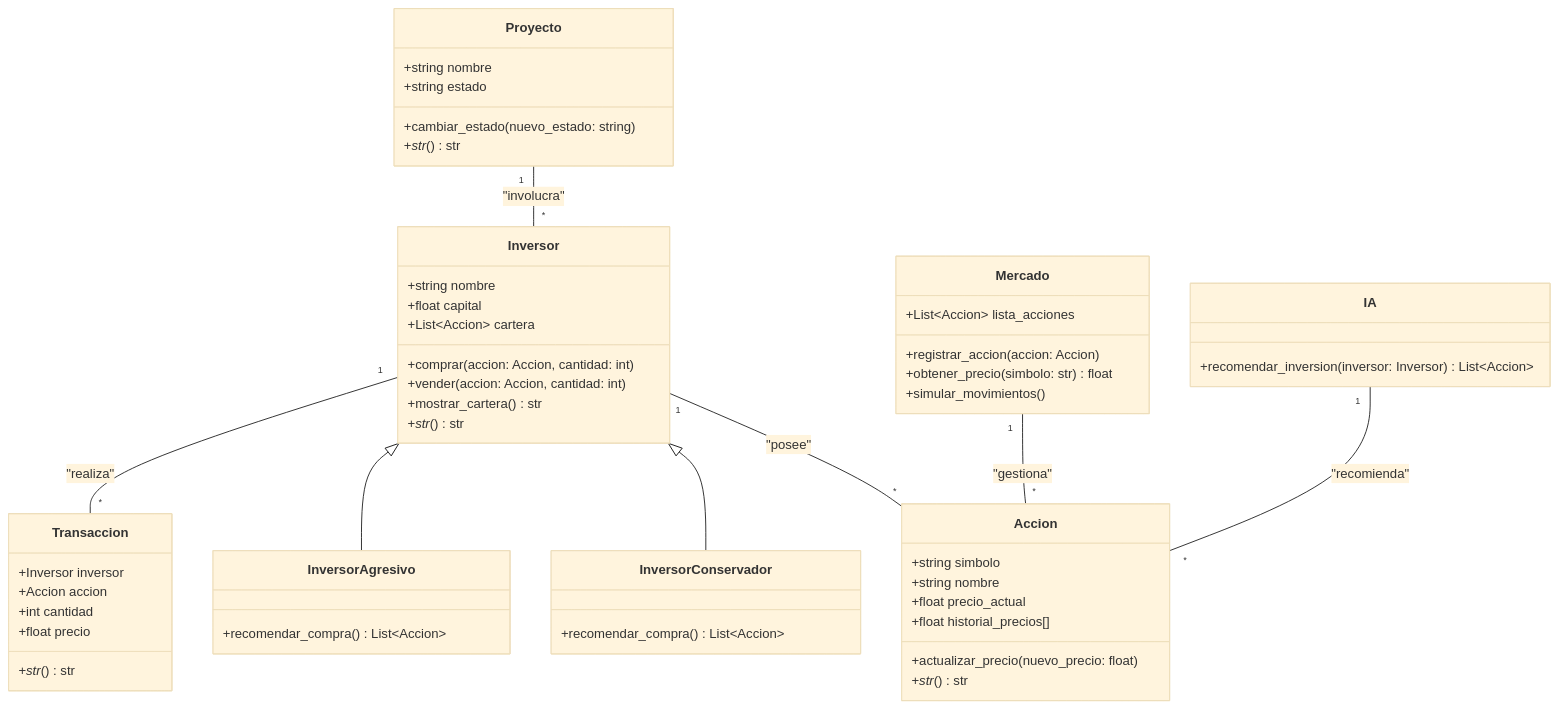
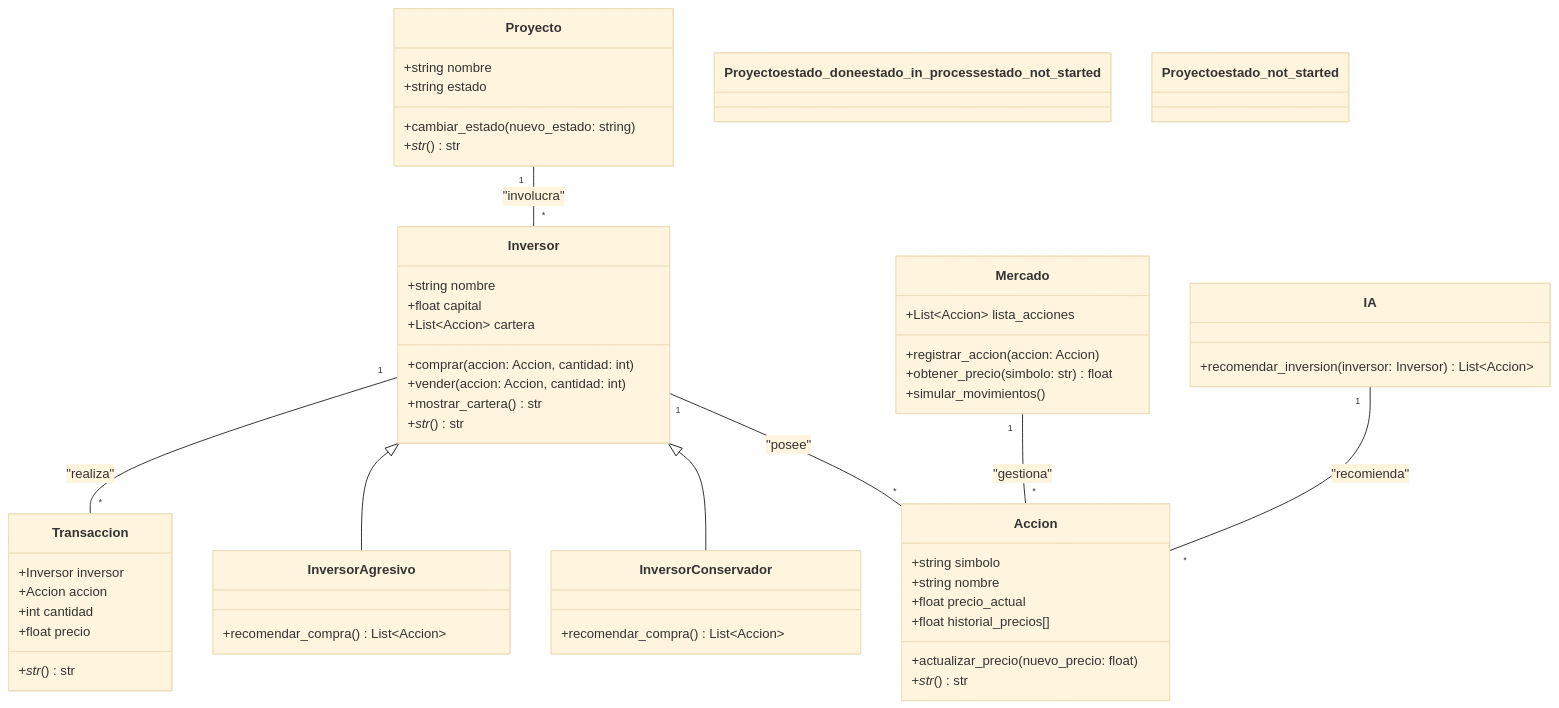
Before and after one commit to NikolasKaplan1/prog2-25-C2: the second of 2 diagrams in README.md, drawn with Mermaid (base theme).

````diff
--- a/README.md
+++ b/README.md
@@ -90,64 +90,74 @@
 ```mermaid
-
 classDiagram
     class Inversor {
         +string nombre
         +float capital
         +List~Accion~ cartera
         +comprar(accion: Accion, cantidad: int)
         +vender(accion: Accion, cantidad: int)
         +mostrar_cartera() str
         +_str_() str
     }
     
     class Accion {
         +string simbolo
         +string nombre
         +float precio_actual
         +float historial_precios[]
         +actualizar_precio(nuevo_precio: float)
         +_str_() str
     }
     
     class Mercado {
         +List~Accion~ lista_acciones
         +registrar_accion(accion: Accion)
         +obtener_precio(simbolo: str) float
         +simular_movimientos()
     }
     
     class Transaccion {
         +Inversor inversor
         +Accion accion
         +int cantidad
         +float precio
         +_str_() str
     }
     
     class IA {
         +recomendar_inversion(inversor: Inversor) List~Accion~
     }
     
     class InversorConservador {
         +recomendar_compra() List~Accion~
     }
     
     class InversorAgresivo {
         +recomendar_compra() List~Accion~
     }
 
     class Proyecto {
         +string nombre
         +string estado
         +cambiar_estado(nuevo_estado: string)
         +_str_() str
     }
 
     Inversor <|-- InversorConservador
     Inversor <|-- InversorAgresivo
     Inversor "1" -- "*" Accion : "posee"
     Inversor "1" -- "*" Transaccion : "realiza"
     Mercado "1" -- "*" Accion : "gestiona"
     IA "1" -- "*" Accion : "recomienda"
     Proyecto "1" -- "*" Inversor : "involucra"
+
+    %% Definir colores para los estados del proyecto
+    class Proyecto estado_done estado_in_process estado_not_started
+
+    classDef estado_done fill:#00ff00,stroke:#000,color:#000;
+    classDef estado_in_process fill:#ffff00,stroke:#000,color:#000;
+    classDef estado_not_started fill:#ff0000,stroke:#000,color:#fff;
+
+    %% Aplicar los colores según el estado del proyecto
+    class Proyecto estado_not_started
+
 ```
````
